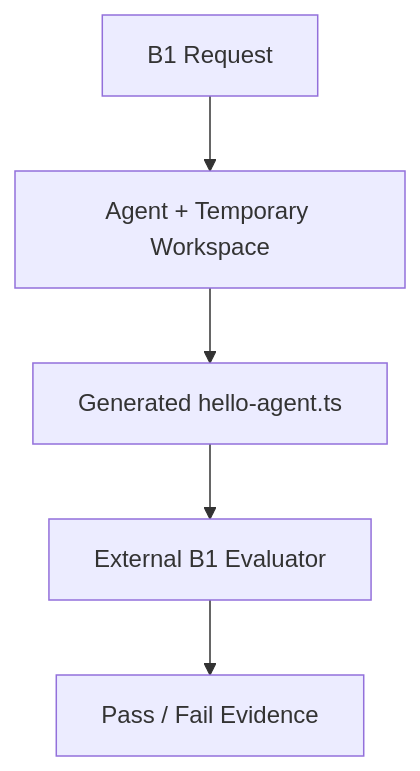
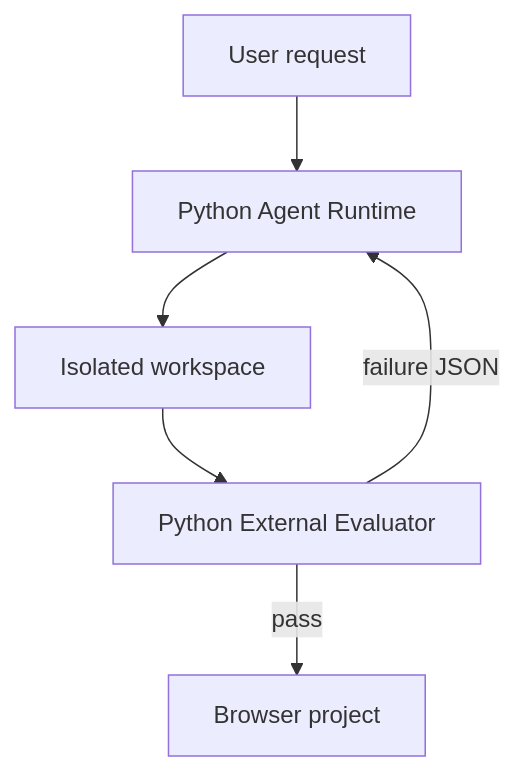
One commit to lucienne-li/strategy-game-prototyping-agent changed the first of 2 diagrams in ARCHITECTURE.md. Above: the diagram before and after it, drawn with Mermaid. The commit also changed other lines of this file and 112 other files, not shown here.

Commit message:
refactor: publish Python runtime and align project documentation

````diff
--- a/ARCHITECTURE.md
+++ b/ARCHITECTURE.md
@@ -81,7 +7,8 @@
 ```mermaid
-flowchart TB
-    R["B1 Request"] --> A["Agent + Temporary Workspace"]
-    A --> F["Generated hello-agent.ts"]
-    F --> E["External B1 Evaluator"]
-    E --> P["Pass / Fail Evidence"]
+flowchart TD
+    U["User request"] --> A["Python Agent Runtime"]
+    A --> W["Isolated workspace"]
+    W --> E["Python External Evaluator"]
+    E -->|failure JSON| A
+    E -->|pass| O["Browser project"]
 ```
````
